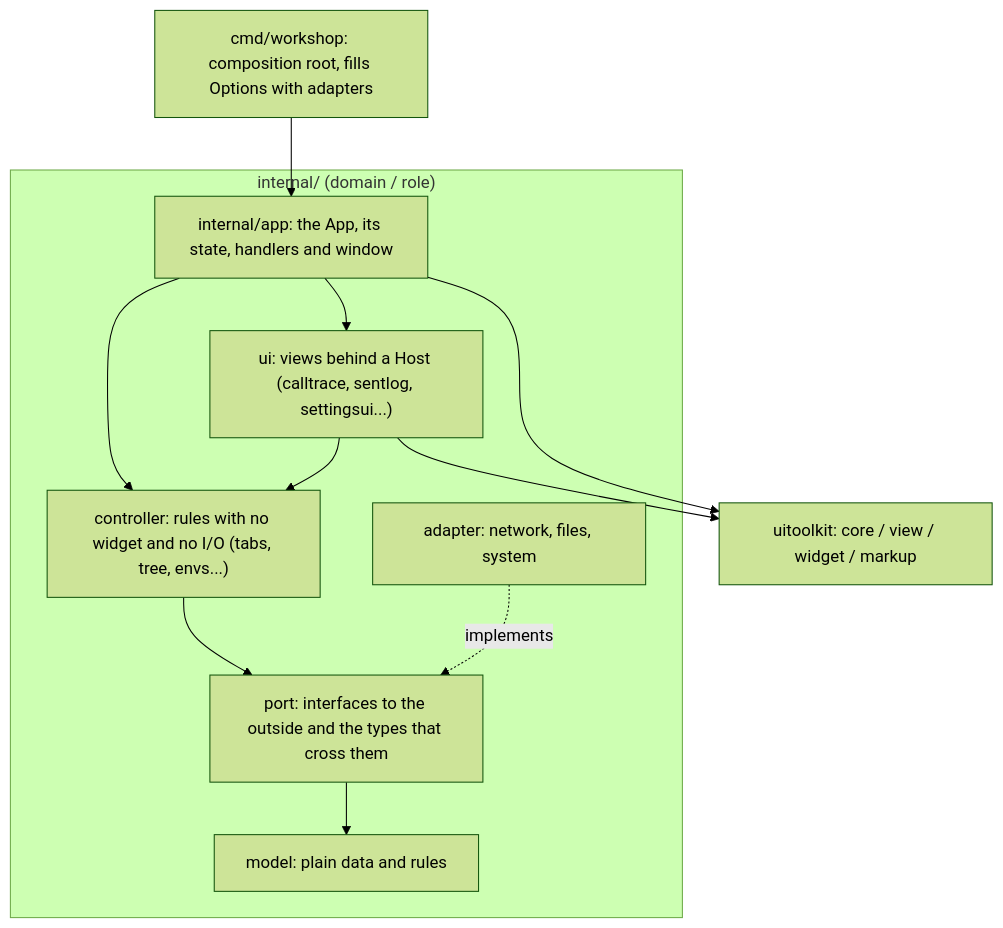
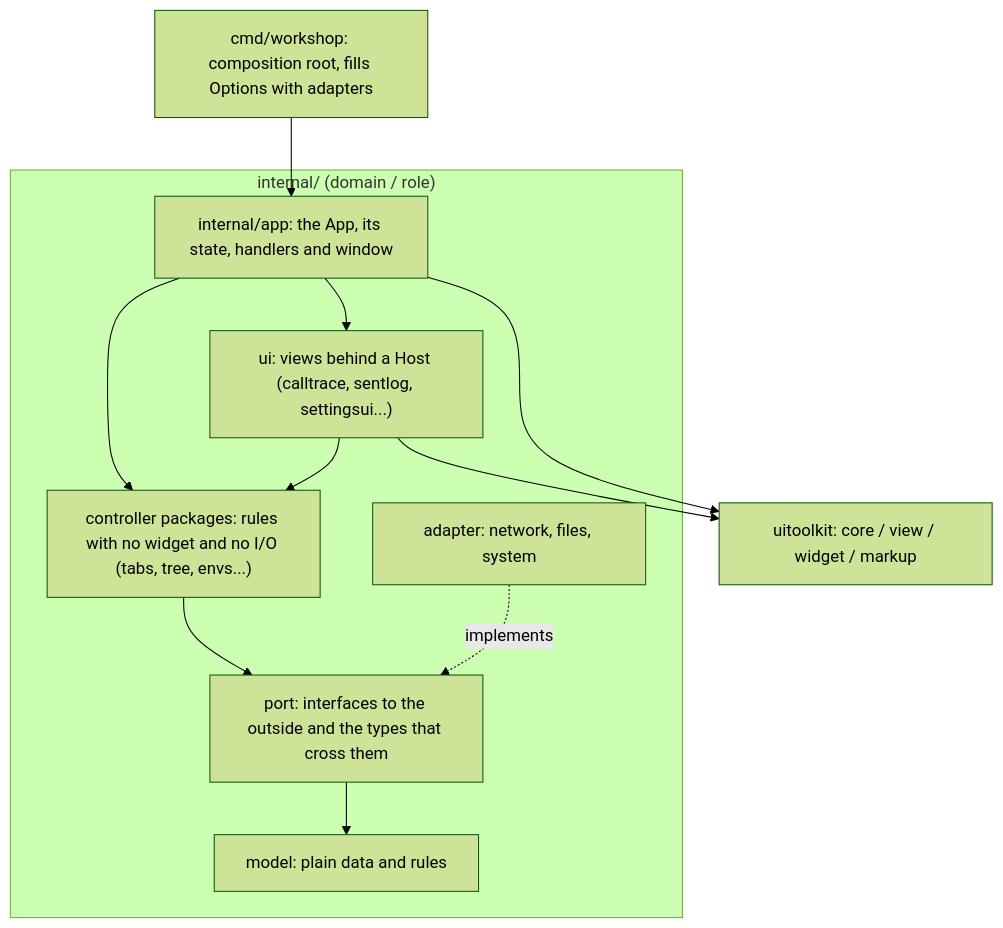
The diagram in .harness/overview.md (gascoigne-ai/gascoigne-workshop), drawn with Mermaid (forest theme) before and after one commit. The commit also changed other lines of this file and 138 other files, not shown here.

First line of the commit message:
refactor(layout): controller packages sit directly under their domain

````diff
--- a/.harness/overview.md
+++ b/.harness/overview.md
@@ -28,16 +28,16 @@
 ```mermaid
 flowchart TB
   cmd["cmd/workshop: composition root, fills Options with adapters"] --> app
   subgraph internal["internal/ (domain / role)"]
     app["internal/app: the App, its state, handlers and window"]
     ui["ui: views behind a Host (calltrace, sentlog, settingsui...)"]
-    ctl["controller: rules with no widget and no I/O (tabs, tree, envs...)"]
+    ctl["controller packages: rules with no widget and no I/O (tabs, tree, envs...)"]
     port["port: interfaces to the outside and the types that cross them"]
     model["model: plain data and rules"]
     adapter["adapter: network, files, system"]
   end
   app --> ui & ctl
   ui --> ctl --> port --> model
   adapter -. implements .-> port
   ui & app --> toolkit["uitoolkit: core / view / widget / markup"]
 ```
````
